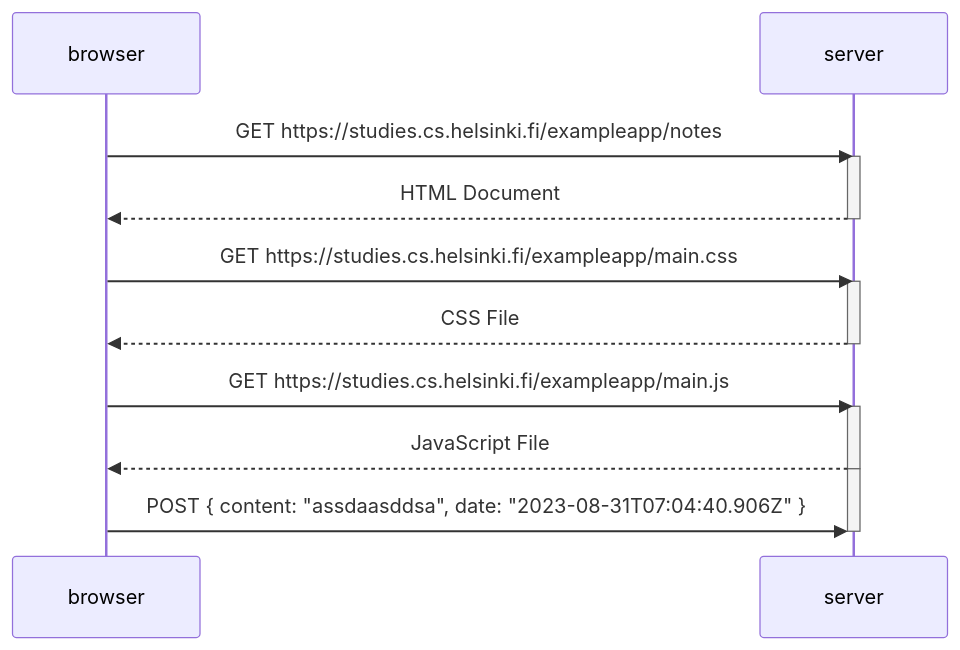
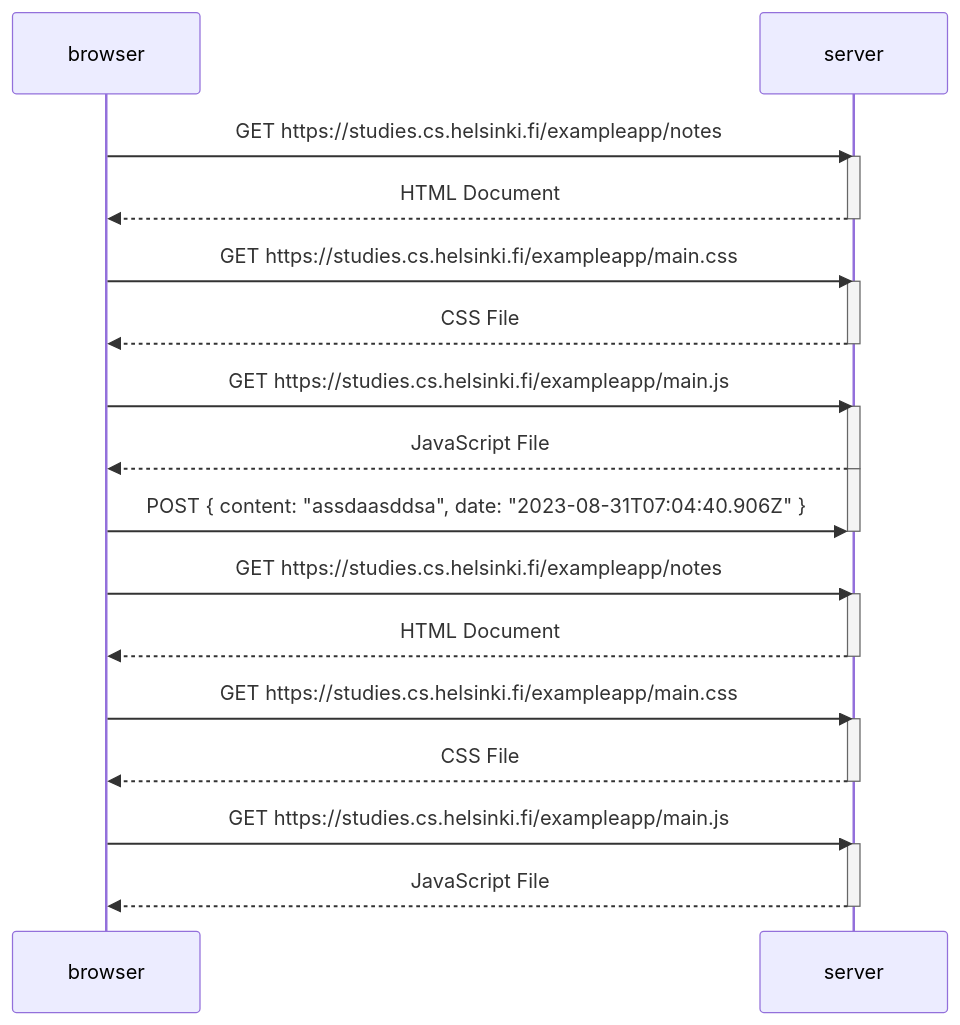
Before and after one commit to valtteriper/FullstackOpen: the diagram in part_0_4.md, drawn with Mermaid.

````diff
--- a/part_0_4.md
+++ b/part_0_4.md
@@ -1,25 +1,40 @@
 ```mermaid
 sequenceDiagram
     participant browser
     participant server
     
     browser->>server: GET https://studies.cs.helsinki.fi/exampleapp/notes
     activate server
     server-->>browser: HTML Document
     deactivate server
 
     browser->>server: GET https://studies.cs.helsinki.fi/exampleapp/main.css
     activate server
     server-->>browser: CSS File
     deactivate server
 
     browser->>server: GET https://studies.cs.helsinki.fi/exampleapp/main.js
     activate server
     server-->>browser: JavaScript File
     deactivate server
 
     activate server
     browser->>server: POST { content: "assdaasddsa", date: "2023-08-31T07:04:40.906Z" }
     deactivate server
 
+    browser->>server: GET https://studies.cs.helsinki.fi/exampleapp/notes
+    activate server
+    server-->>browser: HTML Document
+    deactivate server
+
+    browser->>server: GET https://studies.cs.helsinki.fi/exampleapp/main.css
+    activate server
+    server-->>browser: CSS File
+    deactivate server
+
+    browser->>server: GET https://studies.cs.helsinki.fi/exampleapp/main.js
+    activate server
+    server-->>browser: JavaScript File
+    deactivate server
+
 ```
````
